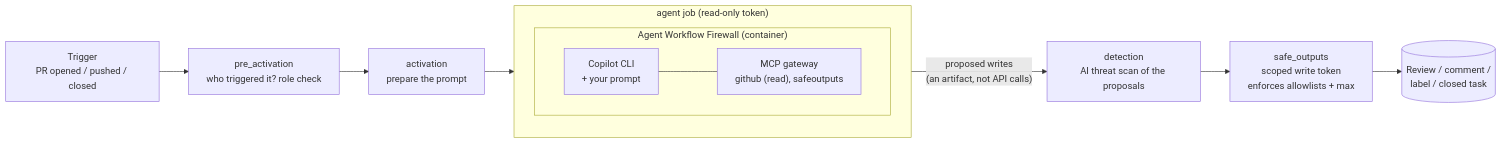
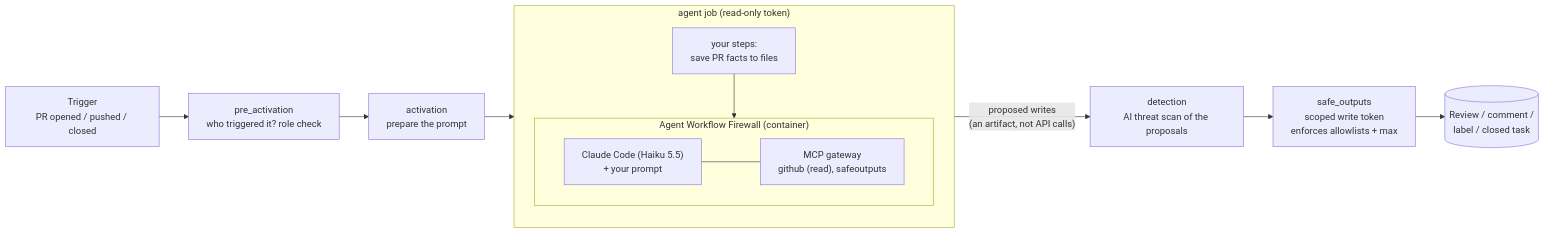
Before and after one commit to Abhinow1997/financial-intelligence-system: the second of 2 diagrams in gh-aw-lab/README.md, drawn with Mermaid. The commit also changed other lines of this file and 5 other files, not shown here.

First line of the commit message:
Lab 7 docs: switch setup and examples to Claude Haiku 5.5

````diff
--- a/gh-aw-lab/README.md
+++ b/gh-aw-lab/README.md
@@ -51,16 +51,18 @@
 ```mermaid
 flowchart LR
     T["Trigger<br/>PR opened / pushed / closed"] --> PA["pre_activation<br/>who triggered it? role check"]
     PA --> A["activation<br/>prepare the prompt"]
     A --> AG
 
     subgraph AG["agent job (read-only token)"]
+        direction TB
+        S["your steps:<br/>save PR facts to files"] --> FW
         subgraph FW["Agent Workflow Firewall (container)"]
-            C["Copilot CLI<br/>+ your prompt"] --- MCP["MCP gateway<br/>github (read), safeoutputs"]
+            C["Claude Code (Haiku 5.5)<br/>+ your prompt"] --- MCP["MCP gateway<br/>github (read), safeoutputs"]
         end
     end
 
     AG -->|"proposed writes<br/>(an artifact, not API calls)"| D["detection<br/>AI threat scan of the proposals"]
     D --> SO["safe_outputs<br/>scoped write token<br/>enforces allowlists + max"]
     SO --> R[("Review / comment /<br/>label / closed task")]
 ```
````
